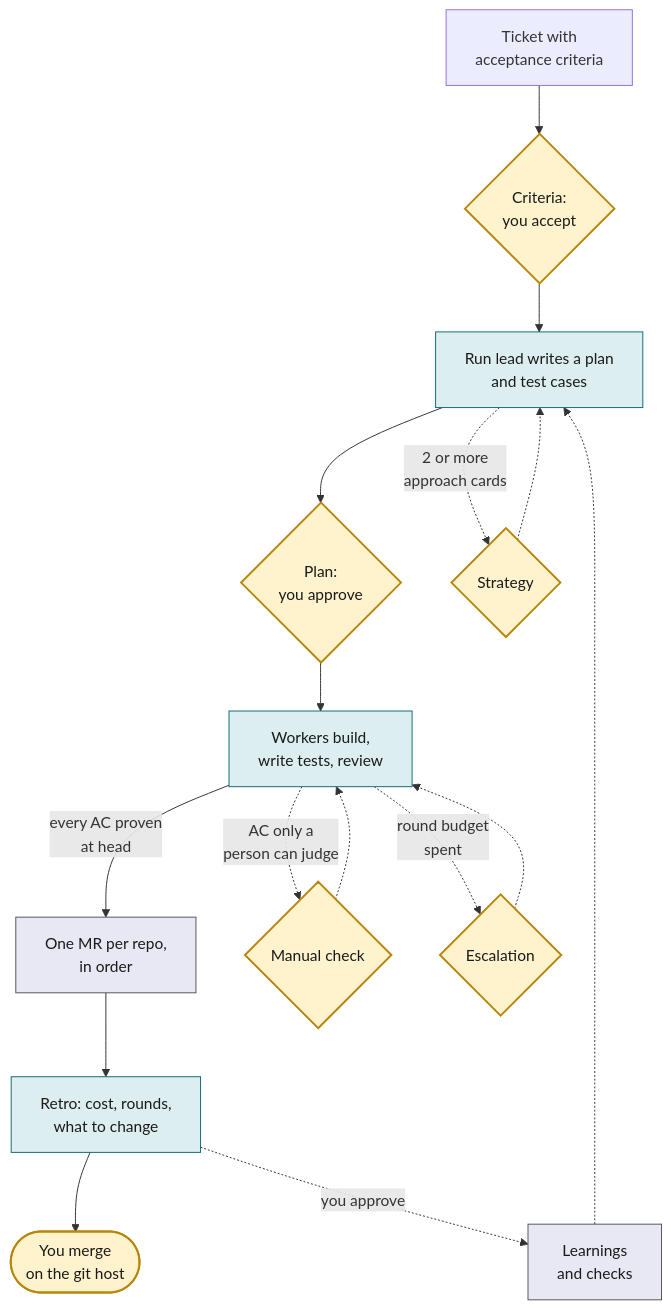
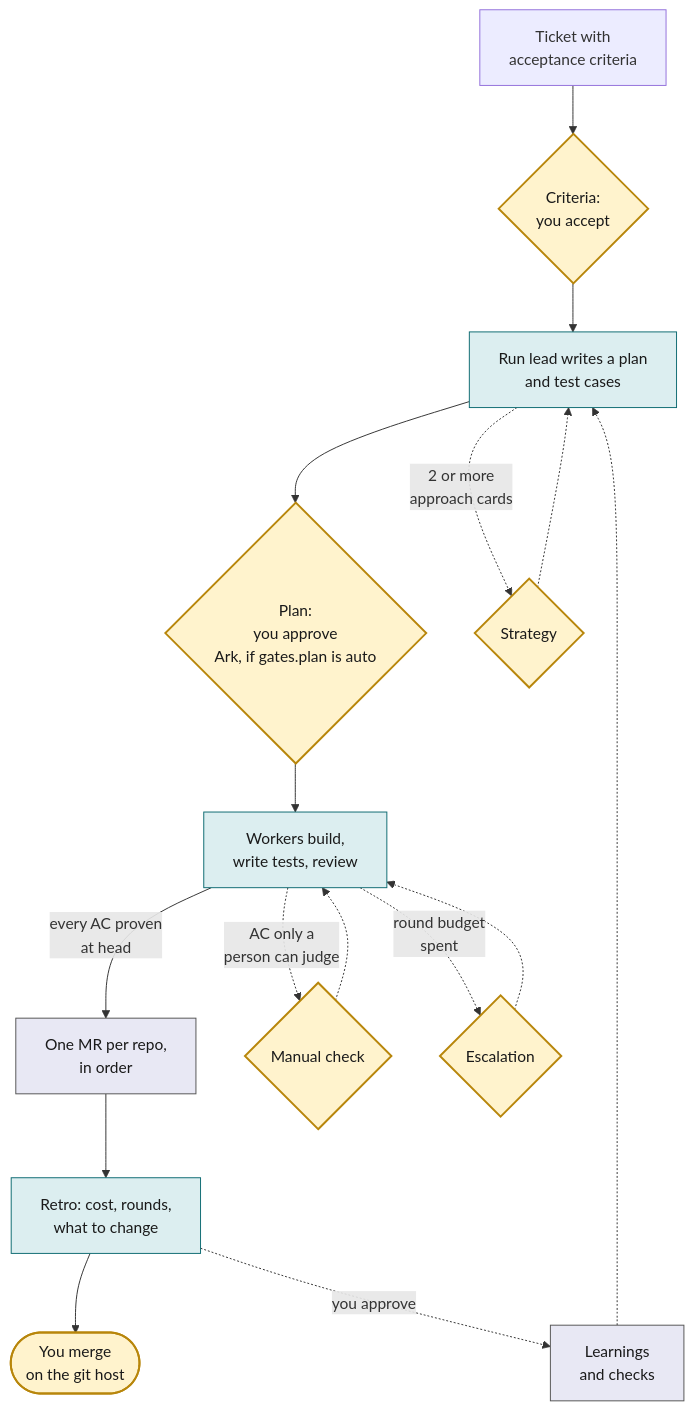
The diagram in docs/why-ark.md (cobekarhoff/ark), drawn with Mermaid before and after one commit. The commit also changed 4 other files, not shown here.

Commit message:
ARK-364: escalation gate, auto rounds, evidence, risks and ticket rows match the code

````diff
--- a/docs/why-ark.md
+++ b/docs/why-ark.md
@@ -25,24 +25,24 @@
 ```mermaid
 flowchart TB
   t[Ticket with<br/>acceptance criteria] --> g1{Criteria:<br/>you accept}
   g1 --> p[Run lead writes a plan<br/>and test cases]
-  p --> g2{Plan:<br/>you approve}
+  p --> g2{Plan:<br/>you approve<br/>Ark, if gates.plan is auto}
   g2 --> b[Workers build,<br/>write tests, review]
   b -->|"every AC proven<br/>at head"| mr[One MR per repo,<br/>in order]
   mr --> retro[Retro: cost, rounds,<br/>what to change]
   retro --> merge([You merge<br/>on the git host])
   p -.->|"2 or more<br/>approach cards"| st{Strategy}
   st -.-> p
   b -.->|"AC only a<br/>person can judge"| man{Manual check}
   man -.-> b
   b -.->|"round budget<br/>spent"| esc{Escalation}
   esc -.-> b
   retro -.->|"you approve"| learn[Learnings<br/>and checks]
   learn -.-> p
   classDef human fill:#fff3cd,stroke:#b8860b,stroke-width:2px,color:#1a1a1a
   classDef agent fill:#dceef0,stroke:#0e6b72,color:#1a1a1a
   classDef cmd fill:#e8e8f4,stroke:#555,color:#1a1a1a
   class g1,g2,st,man,esc,merge human
   class p,b,retro agent
   class mr,learn cmd
 ```
````
